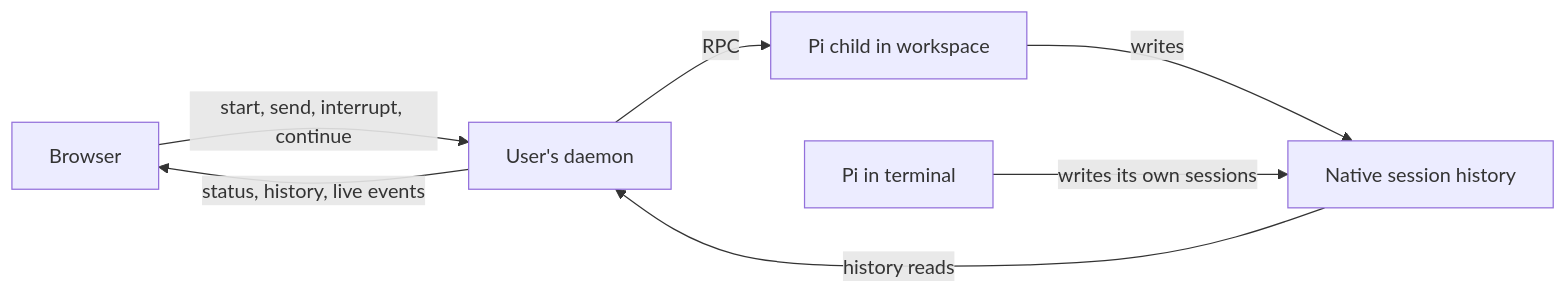
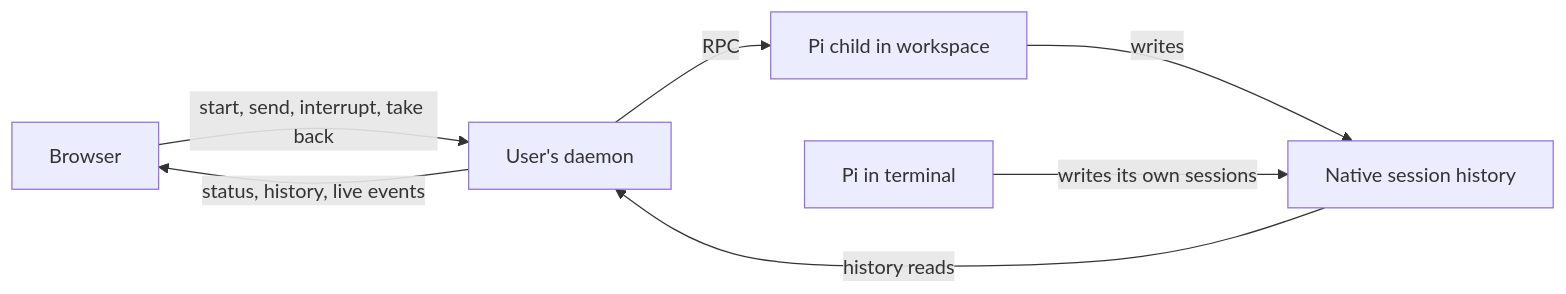
Before and after one commit to Open-Habitat/open-habitat: the diagram in docs/architecture/conversations.md, drawn with Mermaid. The commit also changed other lines of this file and 22 other files, not shown here.

````diff
--- a/docs/architecture/conversations.md
+++ b/docs/architecture/conversations.md
@@ -10,9 +10,9 @@
 ```mermaid
 flowchart LR
-  B["Browser"] -->|"start, send, interrupt, continue"| D["User's daemon"]
+  B["Browser"] -->|"start, send, interrupt, take back"| D["User's daemon"]
   D -->|"RPC"| P["Pi child in workspace"]
   P -->|"writes"| H["Native session history"]
   T["Pi in terminal"] -->|"writes its own sessions"| H
   H -->|"history reads"| D
   D -->|"status, history, live events"| B
 ```
````
